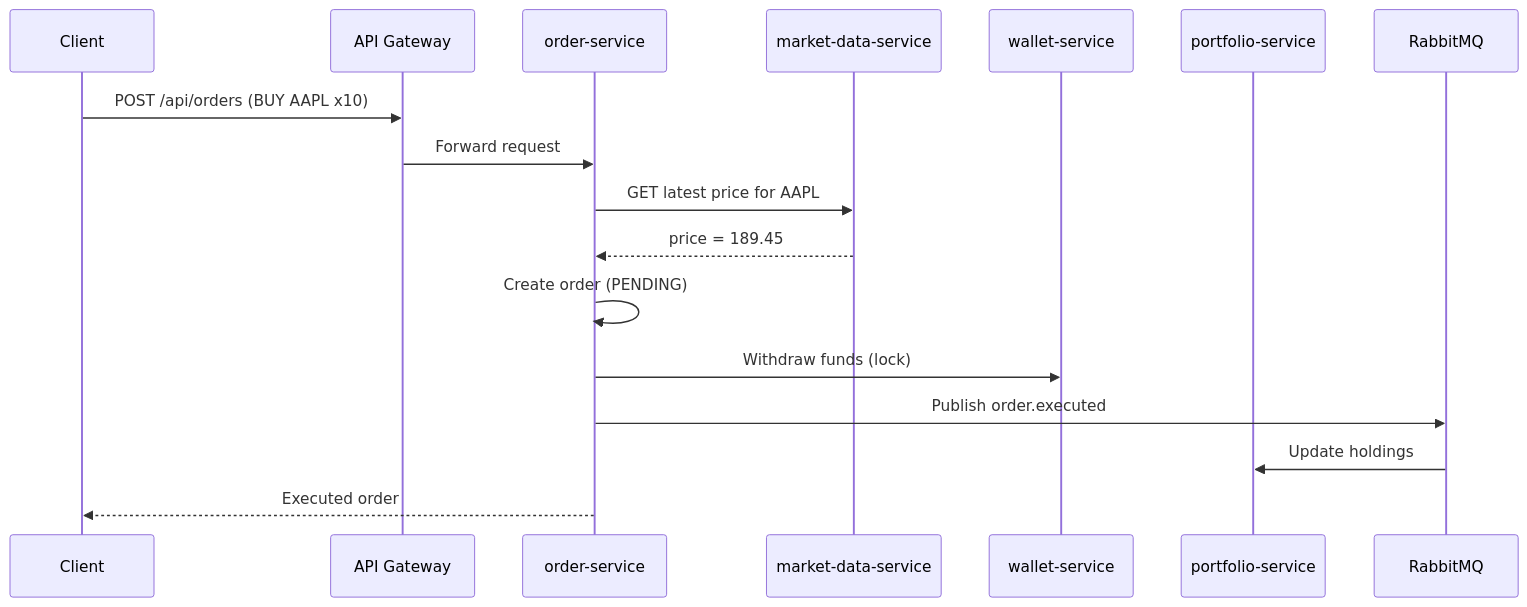
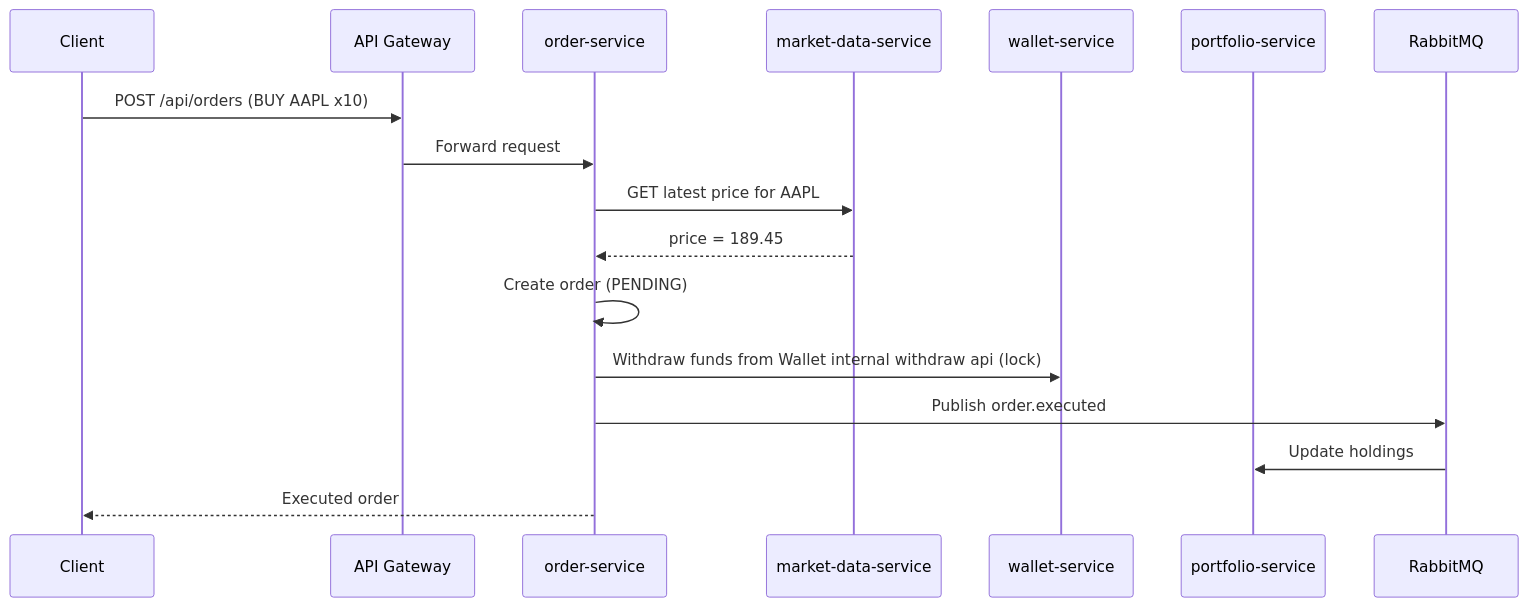
Before and after one commit to belalraza777/Distributed-Trading-Platform.: the second of 2 diagrams in README.md, drawn with Mermaid. The commit also changed other lines of this file and 1 other file, not shown here.

````diff
--- a/README.md
+++ b/README.md
@@ -410,20 +412,20 @@
 ```mermaid
 sequenceDiagram
     participant C as Client
     participant G as API Gateway
     participant O as order-service
     participant M as market-data-service
     participant W as wallet-service
     participant P as portfolio-service
     participant Q as RabbitMQ
 
     C->>G: POST /api/orders (BUY AAPL x10)
     G->>O: Forward request
     O->>M: GET latest price for AAPL
     M-->>O: price = 189.45
     O->>O: Create order (PENDING)
-    O->>W: Withdraw funds (lock)
+    O->>W: Withdraw funds from Wallet internal withdraw api (lock) 
     O->>Q: Publish order.executed
     Q->>P: Update holdings
     O-->>C: Executed order
 ```
````
